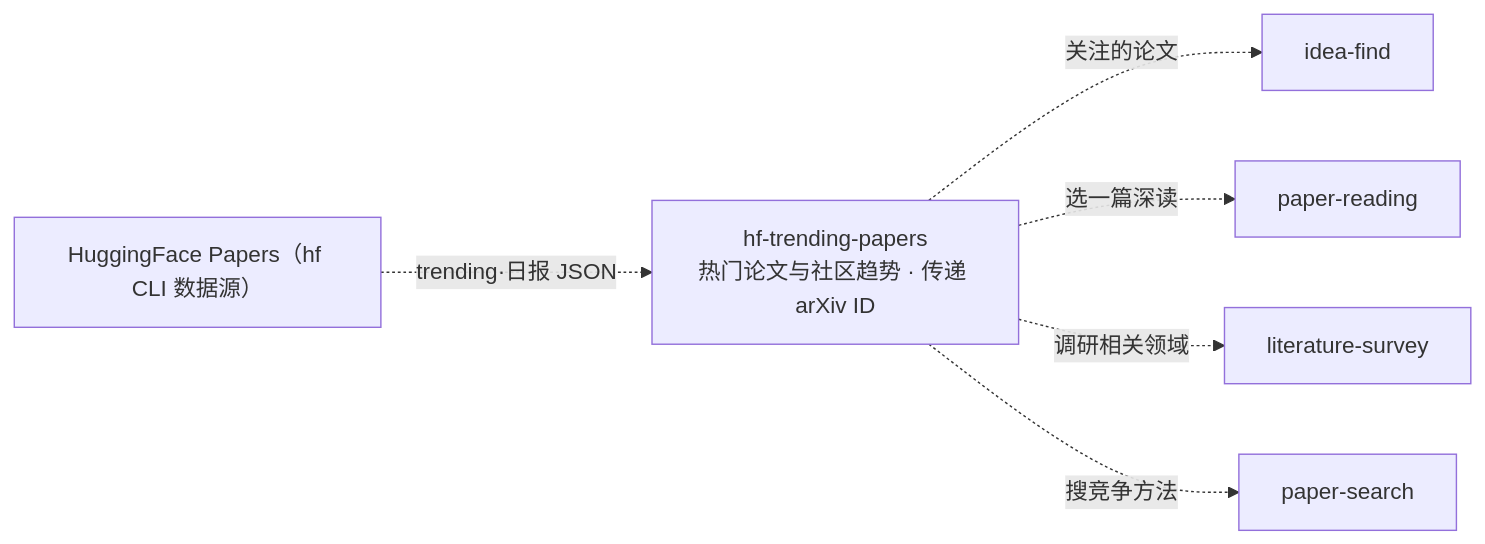
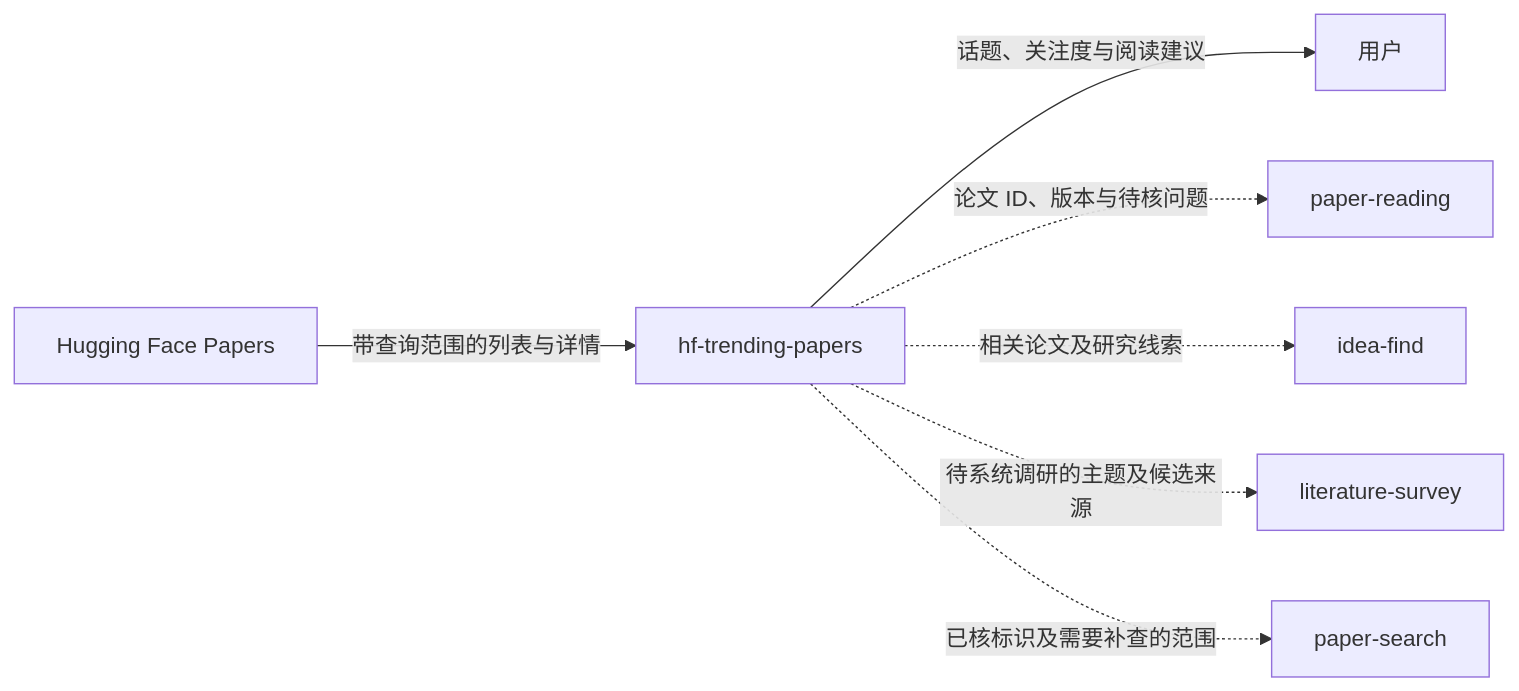
Before and after one commit to jackwang0108/dl-assistant: the first of 2 diagrams in plugins/dl-assistant/skills/hf-trending-papers/SKILL.md, drawn with Mermaid. The commit also changed other lines of this file and 5 other files, not shown here.

Commit message:
Rework Hugging Face paper tracking and observation records

````diff
--- a/plugins/dl-assistant/skills/hf-trending-papers/SKILL.md
+++ b/plugins/dl-assistant/skills/hf-trending-papers/SKILL.md
@@ -18,9 +12,9 @@
 ```mermaid
 flowchart LR
-    SRC["HuggingFace Papers（hf CLI 数据源）"] -.->|trending·日报 JSON| HF
-    HF["hf-trending-papers<br/>热门论文与社区趋势 · 传递 arXiv ID"]
-    HF -.->|关注的论文| IF[idea-find]
-    HF -.->|选一篇深读| PR[paper-reading]
-    HF -.->|调研相关领域| LS[literature-survey]
-    HF -.->|搜竞争方法| PS[paper-search]
+    SRC["Hugging Face Papers"] -->|"带查询范围的列表与详情"| HF["hf-trending-papers"]
+    HF -->|"话题、关注度与阅读建议"| U["用户"]
+    HF -.->|"论文 ID、版本与待核问题"| PR["paper-reading"]
+    HF -.->|"相关论文及研究线索"| IF["idea-find"]
+    HF -.->|"待系统调研的主题及候选来源"| LS["literature-survey"]
+    HF -.->|"已核标识及需要补查的范围"| PS["paper-search"]
 ```
````
